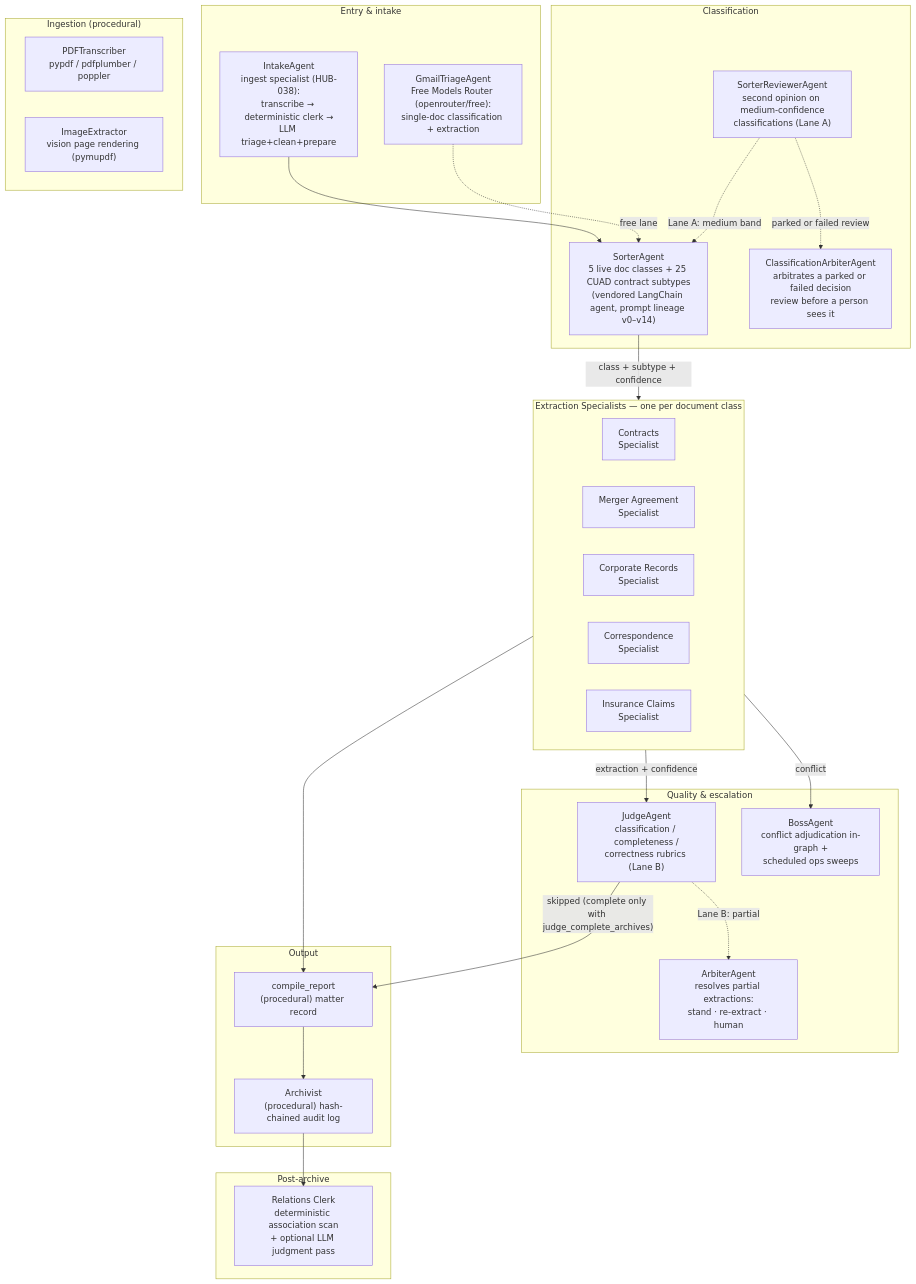
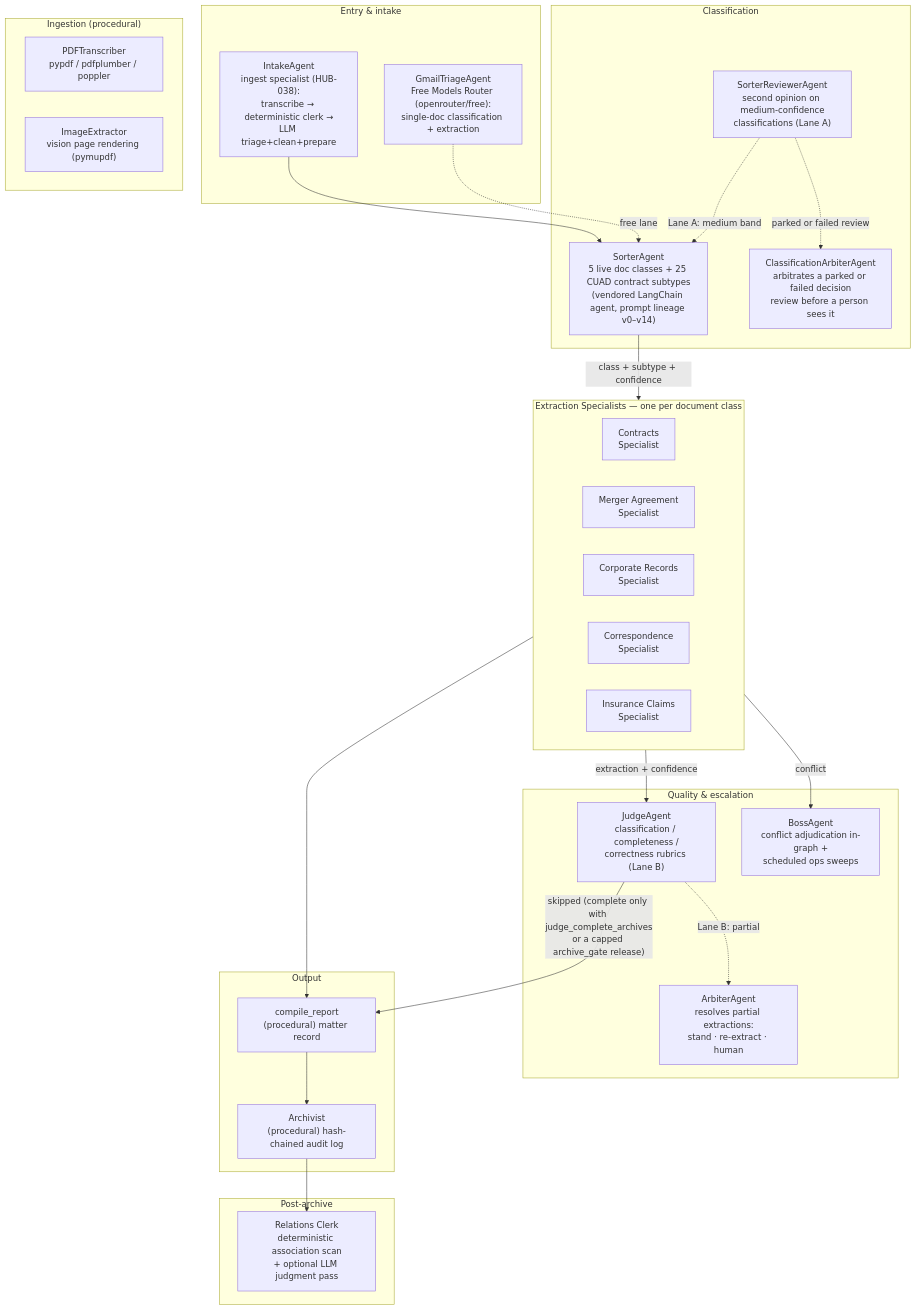
Before and after one commit to Exios66/llm-mailroom: the second of 2 diagrams in README.md, drawn with Mermaid. The commit also changed other lines of this file and 13 other files, not shown here.

````diff
--- a/README.md
+++ b/README.md
@@ -371,54 +371,54 @@
 ```mermaid
 flowchart TB
     subgraph ENTRY["Entry & intake"]
         INTAKE["IntakeAgent<br/>ingest specialist (HUB-038):<br/>transcribe → deterministic clerk →<br/>LLM triage+clean+prepare"]
         GMAIL["GmailTriageAgent<br/>Free Models Router (openrouter/free):<br/>single-doc classification + extraction"]
     end
 
     subgraph CLASSIFY["Classification"]
         SORTER["SorterAgent<br/>5 live doc classes + 25 CUAD contract subtypes<br/>(vendored LangChain agent, prompt lineage v0–v14)"]
         REVIEWER["SorterReviewerAgent<br/>second opinion on medium-confidence<br/>classifications (Lane A)"]
         CLASS_ARBITER["ClassificationArbiterAgent<br/>arbitrates a parked or failed decision<br/>review before a person sees it"]
     end
 
     subgraph SPECIALISTS["Extraction Specialists — one per document class"]
         CONTRACTS["Contracts<br/>Specialist"]
         MERGER["Merger Agreement<br/>Specialist"]
         CORP["Corporate Records<br/>Specialist"]
         CORR["Correspondence<br/>Specialist"]
         INS["Insurance Claims<br/>Specialist"]
     end
 
     subgraph QUALITY["Quality & escalation"]
         JUDGE["JudgeAgent<br/>classification / completeness /<br/>correctness rubrics (Lane B)"]
         ARBITER["ArbiterAgent<br/>resolves partial extractions:<br/>stand · re-extract · human"]
         BOSS["BossAgent<br/>conflict adjudication in-graph +<br/>scheduled ops sweeps"]
     end
 
     subgraph OUTPUT["Output"]
         REPORTER["compile_report<br/>(procedural) matter record"]
         ARCHIVIST["Archivist<br/>(procedural) hash-chained audit log"]
     end
 
     subgraph POST["Post-archive"]
         RELATIONS["Relations Clerk<br/>deterministic association scan<br/>+ optional LLM judgment pass"]
     end
 
     subgraph INGEST2["Ingestion (procedural)"]
         PDF["PDFTranscriber<br/>pypdf / pdfplumber / poppler"]
         IMG["ImageExtractor<br/>vision page rendering (pymupdf)"]
     end
 
     INTAKE --> SORTER
     GMAIL -.->|free lane| SORTER
     SORTER -- "class + subtype + confidence" --> SPECIALISTS
     REVIEWER -. "Lane A: medium band" .-> SORTER
     REVIEWER -. "parked or failed review" .-> CLASS_ARBITER
     SPECIALISTS -- "extraction + confidence" --> JUDGE
     JUDGE -. "Lane B: partial" .-> ARBITER
     SPECIALISTS -- "conflict" --> BOSS
     SPECIALISTS --> REPORTER
-    JUDGE -- "skipped (complete only with judge_complete_archives)" --> REPORTER
+    JUDGE -- "skipped (complete only with judge_complete_archives<br/>or a capped archive_gate release)" --> REPORTER
     REPORTER --> ARCHIVIST
     ARCHIVIST --> RELATIONS
 ```
````
